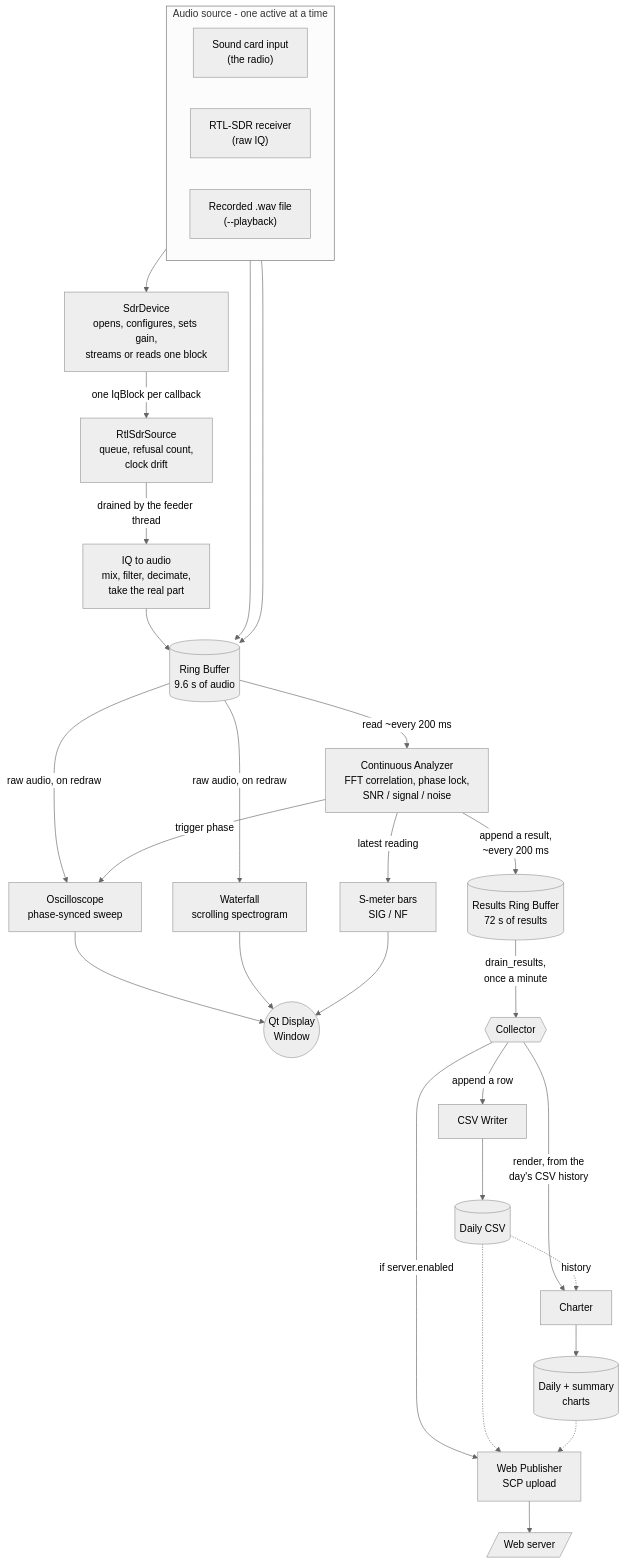
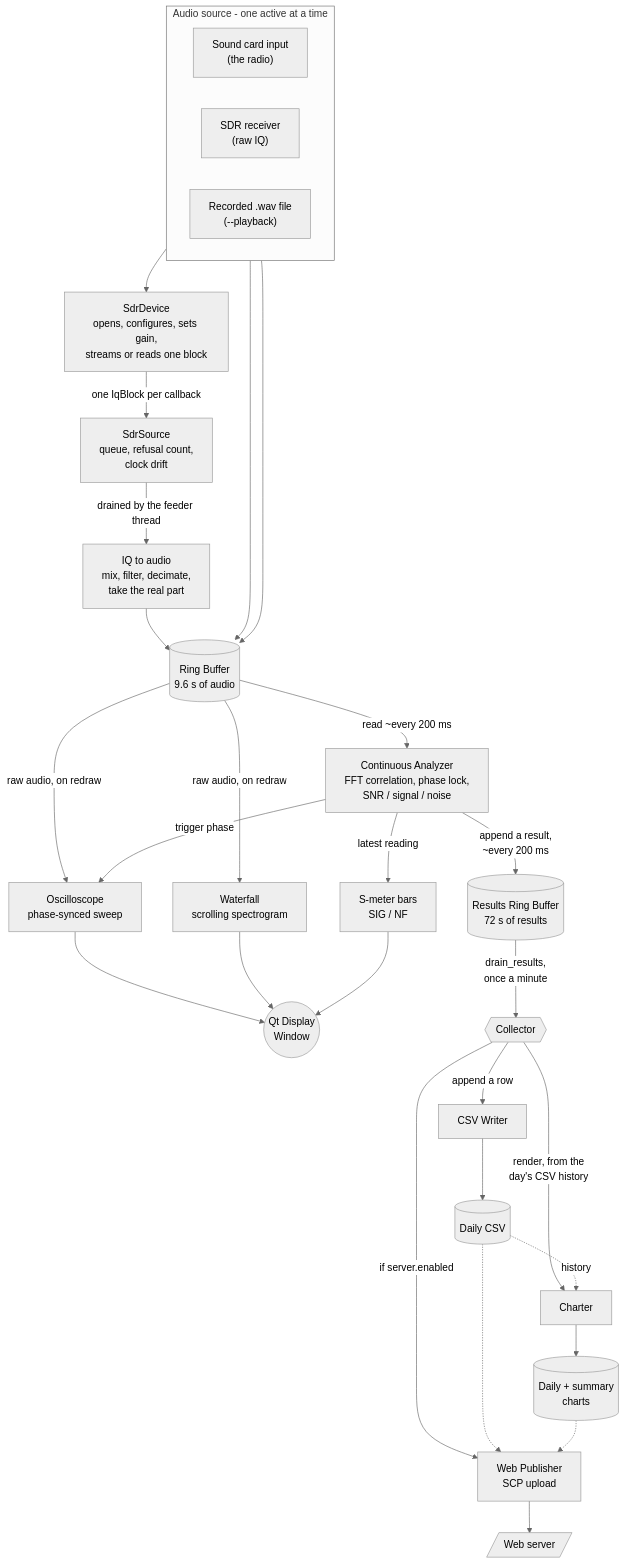
Before and after one commit to spatula75/n6ol-powerline-qrm-monitor: the diagram in docs/concepts/how-it-works.md, drawn with Mermaid (neutral theme). The commit also changed 76 other files, not shown here.

````diff
--- a/docs/concepts/how-it-works.md
+++ b/docs/concepts/how-it-works.md
@@ -5,41 +5,41 @@
 ```mermaid
 flowchart TB
     subgraph SOURCE["Audio source - one active at a time"]
         direction LR
         MIC["Sound card input<br/>(the radio)"]
-        SDR["RTL-SDR receiver<br/>(raw IQ)"]
+        SDR["SDR receiver<br/>(raw IQ)"]
         WAVFILE["Recorded .wav file<br/>(--playback)"]
     end
 
     MIC --> RB[("Ring Buffer<br/>9.6 s of audio")]
     SDR --> DEVICE["SdrDevice<br/>opens, configures, sets gain,<br/>streams or reads one block"]
-    DEVICE -->|one IqBlock per callback| CAPTURE["RtlSdrSource<br/>queue, refusal count,<br/>clock drift"]
+    DEVICE -->|one IqBlock per callback| CAPTURE["SdrSource<br/>queue, refusal count,<br/>clock drift"]
     CAPTURE -->|drained by the feeder thread| IQ["IQ to audio<br/>mix, filter, decimate,<br/>take the real part"]
     IQ --> RB
     WAVFILE --> RB
 
     RB -->|raw audio, on redraw| SCOPE["Oscilloscope<br/>phase-synced sweep"]
     RB -->|raw audio, on redraw| WATERFALL["Waterfall<br/>scrolling spectrogram"]
     RB -->|read ~every 200 ms| ANALYZER["Continuous Analyzer<br/>FFT correlation, phase lock,<br/>SNR / signal / noise"]
 
     ANALYZER -->|trigger phase| SCOPE
     ANALYZER -->|latest reading| SMETER["S-meter bars<br/>SIG / NF"]
 
     SCOPE --> DISPLAY(("Qt Display<br/>Window"))
     WATERFALL --> DISPLAY
     SMETER --> DISPLAY
 
     ANALYZER -->|append a result,<br/>~every 200 ms| RESULTS[("Results Ring Buffer<br/>72 s of results")]
     RESULTS -->|drain_results,<br/>once a minute| COLLECTOR{{"Collector"}}
 
     COLLECTOR -->|append a row| CSVWRITER["CSV Writer"]
     CSVWRITER --> CSVFILE[("Daily CSV")]
     COLLECTOR -->|render, from the<br/>day's CSV history| CHARTER["Charter"]
     CSVFILE -.->|history| CHARTER
     CHARTER --> PLOTS[("Daily + summary<br/>charts")]
 
     COLLECTOR -->|if server.enabled| PUBLISHER["Web Publisher<br/>SCP upload"]
     CSVFILE -.-> PUBLISHER
     PLOTS -.-> PUBLISHER
     PUBLISHER --> WEBSERVER[/"Web server"/]
 ```
````
